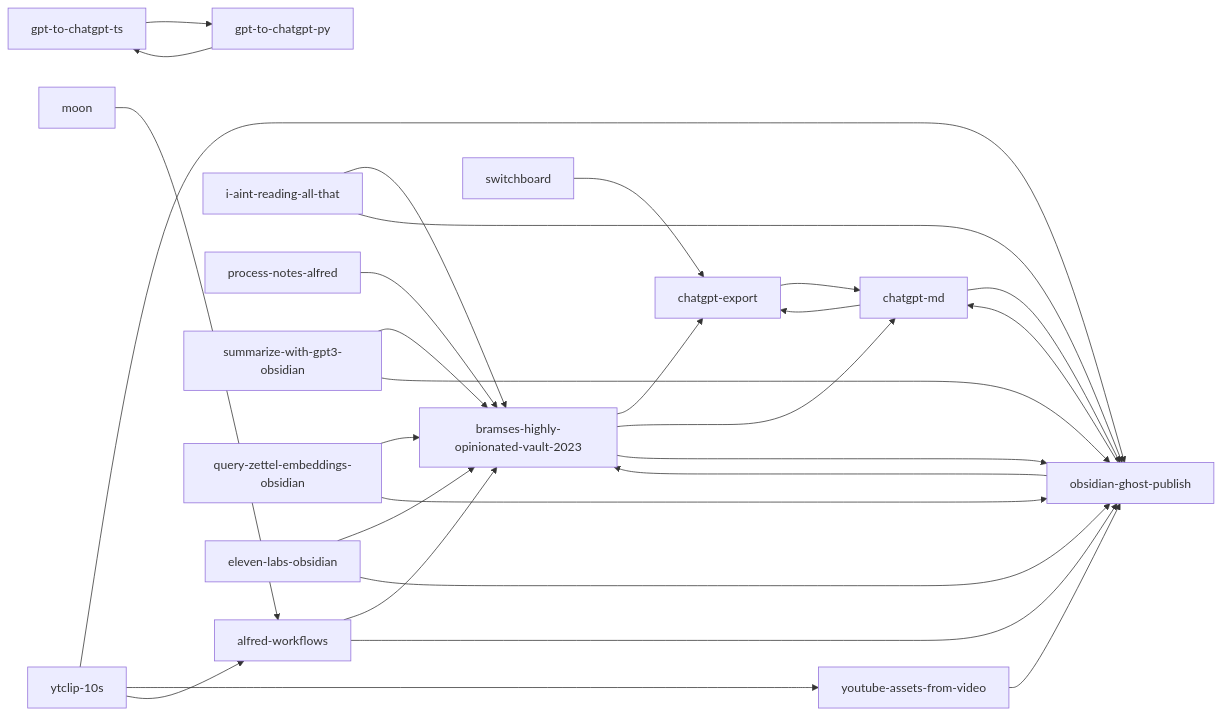
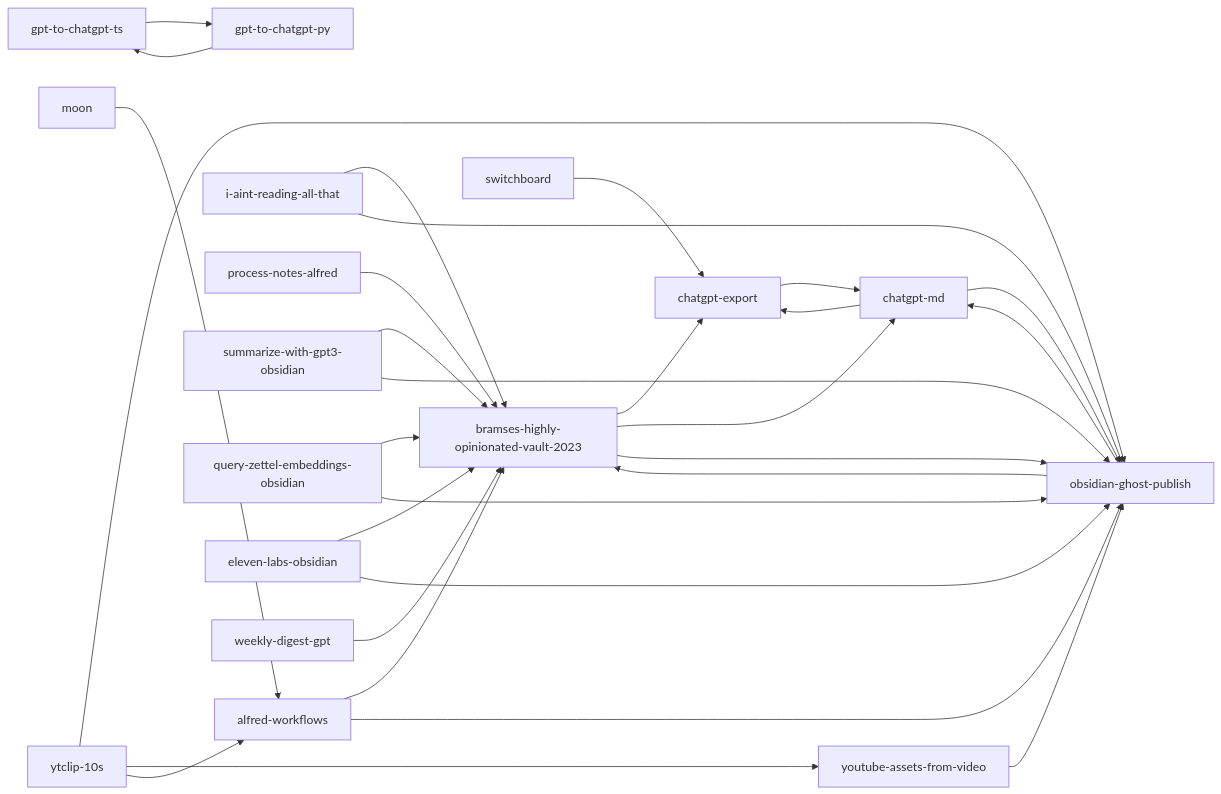
The diagram in README.md (bramses/monorepo), drawn with Mermaid before and after one commit. The commit also changed other lines of this file and 3 other files, not shown here.

Commit message:
weekly digest!

````diff
--- a/README.md
+++ b/README.md
@@ -55,30 +57,31 @@
 ```mermaid
 graph LR
     bramses-highly-opinionated-vault-2023 --> chatgpt-export
     bramses-highly-opinionated-vault-2023 --> chatgpt-md
     bramses-highly-opinionated-vault-2023 --> obsidian-ghost-publish
     chatgpt-export --> chatgpt-md
     chatgpt-md --> chatgpt-export
     chatgpt-md --> obsidian-ghost-publish
     gpt-to-chatgpt-ts --> gpt-to-chatgpt-py
     gpt-to-chatgpt-py --> gpt-to-chatgpt-ts
     obsidian-ghost-publish --> chatgpt-md
     obsidian-ghost-publish --> bramses-highly-opinionated-vault-2023
     alfred-workflows --> bramses-highly-opinionated-vault-2023
     alfred-workflows --> obsidian-ghost-publish
     youtube-assets-from-video --> obsidian-ghost-publish
     i-aint-reading-all-that --> bramses-highly-opinionated-vault-2023
     i-aint-reading-all-that --> obsidian-ghost-publish
     process-notes-alfred --> bramses-highly-opinionated-vault-2023
     switchboard --> chatgpt-export
     summarize-with-gpt3-obsidian --> bramses-highly-opinionated-vault-2023
     summarize-with-gpt3-obsidian --> obsidian-ghost-publish
     query-zettel-embeddings-obsidian --> bramses-highly-opinionated-vault-2023
     query-zettel-embeddings-obsidian --> obsidian-ghost-publish
     moon --> alfred-workflows
     eleven-labs-obsidian --> bramses-highly-opinionated-vault-2023
     eleven-labs-obsidian --> obsidian-ghost-publish
     ytclip-10s --> obsidian-ghost-publish
     ytclip-10s --> youtube-assets-from-video
     ytclip-10s --> alfred-workflows
+    weekly-digest-gpt --> bramses-highly-opinionated-vault-2023
 ```
````
